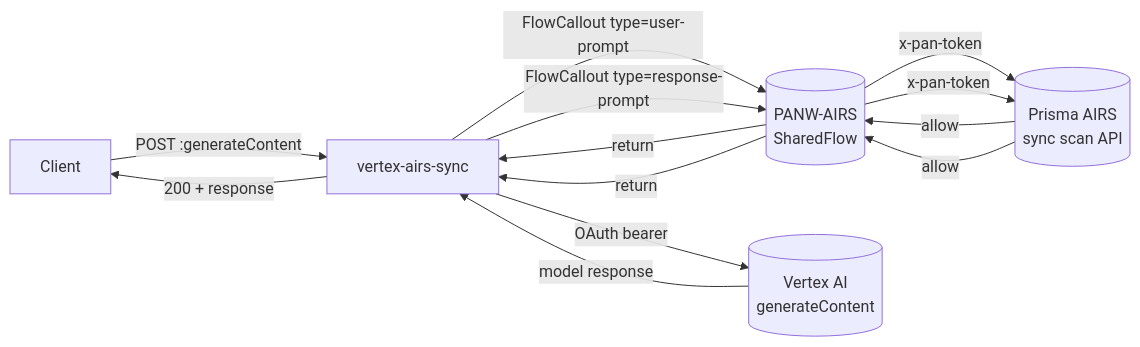
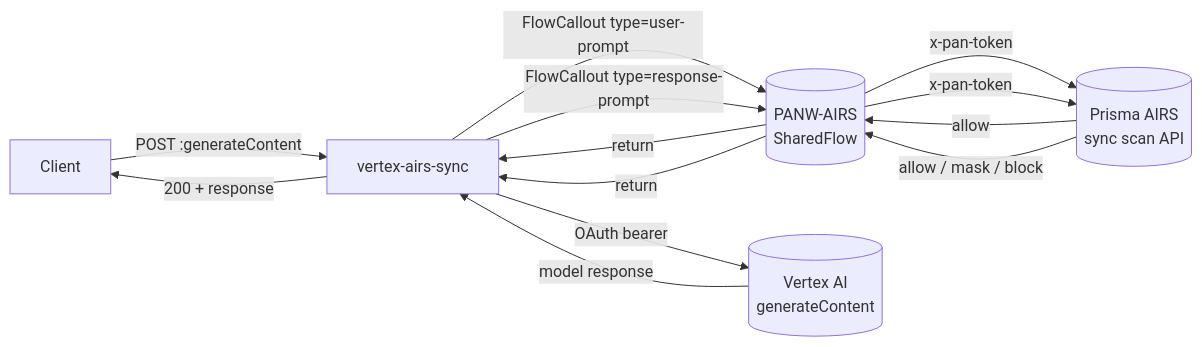
One commit to PaloAltoNetworks/prisma-airs-integrations changed the first of 5 diagrams in Google/apigee/sharedflow/ARCHITECTURE.md. Above: the diagram before and after it, drawn with Mermaid. The commit also changed other lines of this file and 29 other files, not shown here.

````diff
--- a/Google/apigee/sharedflow/ARCHITECTURE.md
+++ b/Google/apigee/sharedflow/ARCHITECTURE.md
@@ -13,15 +13,15 @@
 ```mermaid
 flowchart LR
     C[Client] -->|POST :generateContent| P[vertex-airs-sync]
     P -->|FlowCallout type=user-prompt| SF[(PANW-AIRS<br/>SharedFlow)]
     SF -->|x-pan-token| AIRS[(Prisma AIRS<br/>sync scan API)]
     AIRS -->|allow| SF
     SF -->|return| P
     P -->|OAuth bearer| V[(Vertex AI<br/>generateContent)]
     V -->|model response| P
     P -->|FlowCallout type=response-prompt| SF
     SF -->|x-pan-token| AIRS
-    AIRS -->|allow| SF
+    AIRS -->|allow / mask / block| SF
     SF -->|return| P
     P -->|200 + response| C
 ```
````
